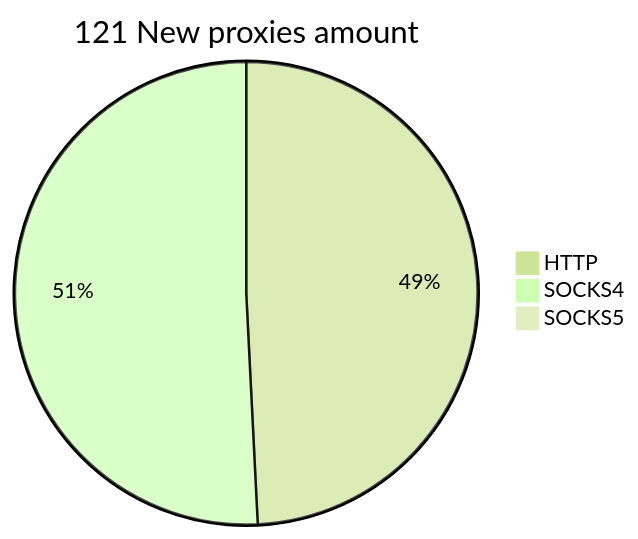
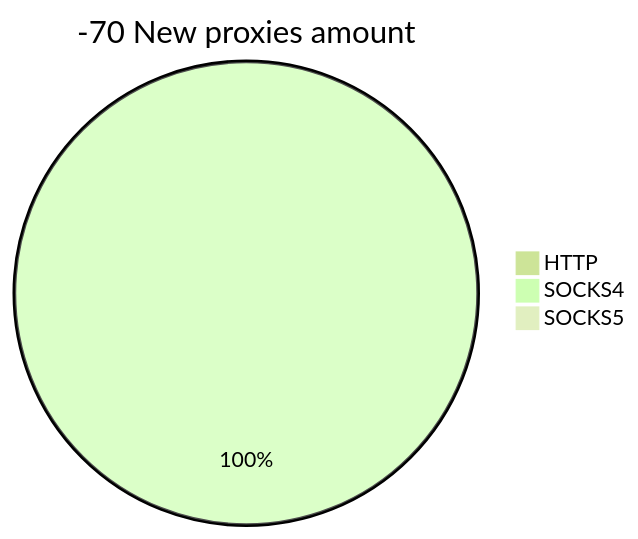
One commit to cutipu/proxylist changed the second of 2 diagrams in README.md. Above: the diagram before and after it, drawn with Mermaid (forest theme). The commit also changed other lines of this file, not shown here.

````diff
--- a/README.md
+++ b/README.md
@@ -10,6 +10,6 @@
 ```mermaid
-pie title 121 New proxies amount
-    "HTTP" : 62
-    "SOCKS4" : 64
+pie title -70 New proxies amount
+    "HTTP" : 0
+    "SOCKS4" : 2
     "SOCKS5" : 0
 ```
````
